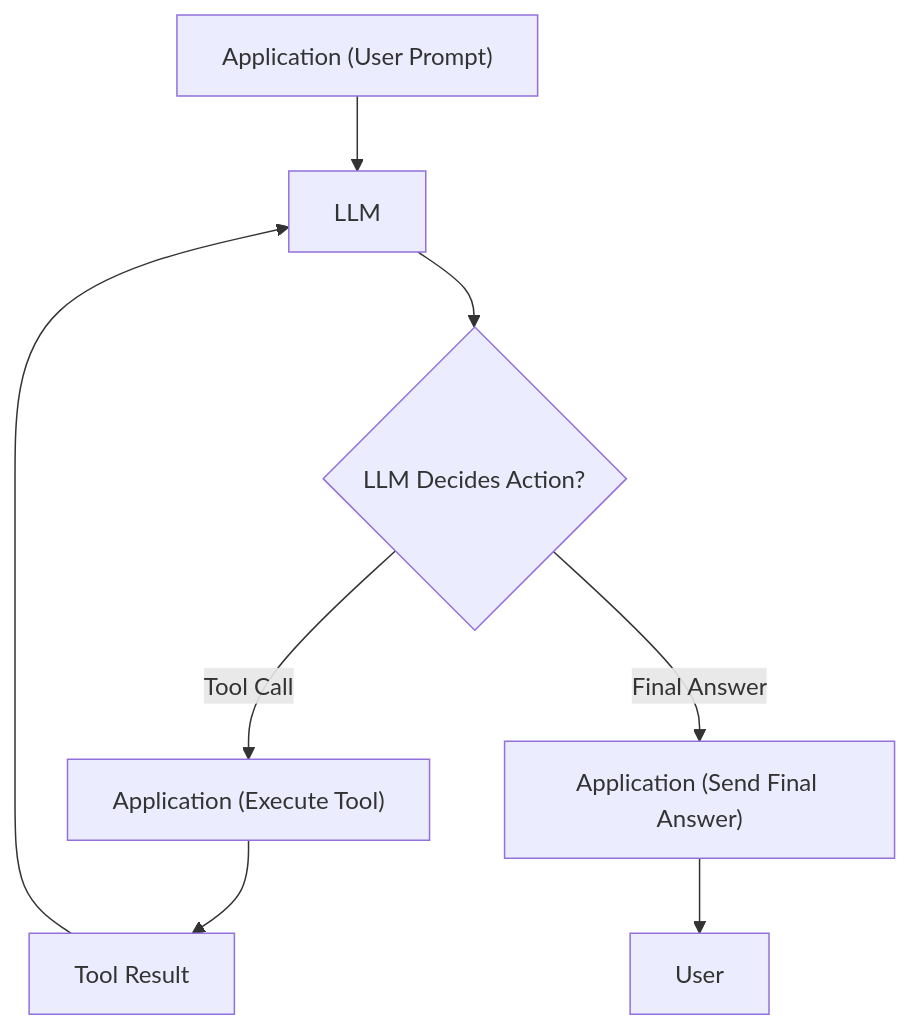
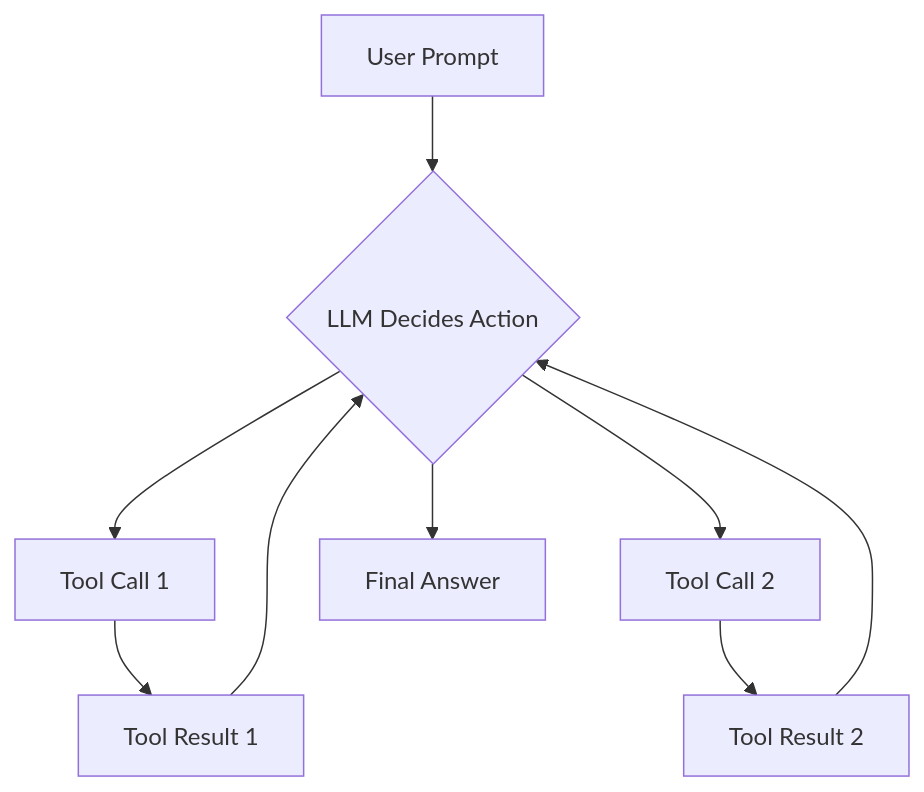
One commit to towardsai/agentic-ai-engineering-course changed the third of 3 diagrams in lessons/06_tools/article.md. Above: the diagram before and after it, drawn with Mermaid. The commit also changed other lines of this file and 9 other files, not shown here.

````diff
--- a/lessons/06_tools/article.md
+++ b/lessons/06_tools/article.md
@@ -366,10 +736,11 @@
 ```mermaid
 graph TD
-    A["Application (User Prompt)"] --> B["LLM"]
-    B --> C{"LLM Decides Action?"}
-    C -->|"Tool Call"| D["Application (Execute Tool)"]
-    D --> E["Tool Result"]
-    E --> B
-    C -->|"Final Answer"| F["Application (Send Final Answer)"]
-    F --> G["User"]
+    A[User Prompt] --> B{LLM Decides Action};
+    B --> C[Tool Call 1];
+    C --> D[Tool Result 1];
+    D --> B;
+    B --> E[Tool Call 2];
+    E --> F[Tool Result 2];
+    F --> B;
+    B --> G[Final Answer];
 ```
````
